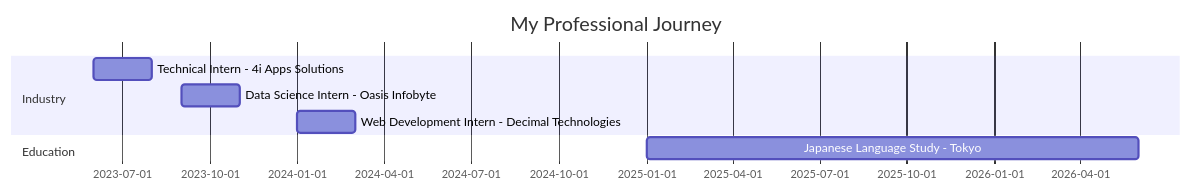
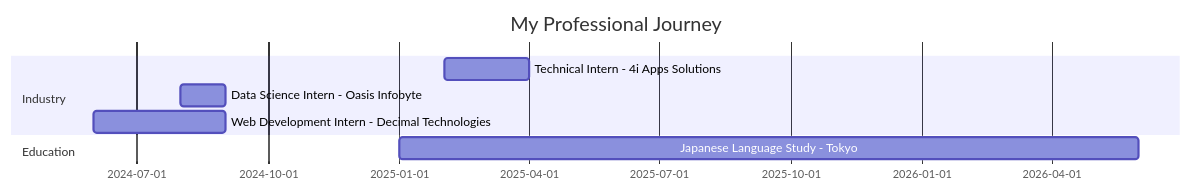
The diagram in README.md (RashelGarg/RashelGarg), drawn with Mermaid before and after one commit. The commit also changed other lines of this file, not shown here.

````diff
--- a/README.md
+++ b/README.md
@@ -225,11 +233,11 @@
 ```mermaid
 gantt
     title My Professional Journey
     dateFormat  YYYY-MM
     section Industry
-    Technical Intern - 4i Apps Solutions           :2023-06, 2023-08
-    Data Science Intern - Oasis Infobyte          :2023-09, 2023-11
-    Web Development Intern - Decimal Technologies :2024-01, 2024-03
+    Technical Intern - 4i Apps Solutions           :2025-02, 2025-04
+    Data Science Intern - Oasis Infobyte          :2024-08, 2024-09
+    Web Development Intern - Decimal Technologies :2024-06, 2024-09
     section Education
     Japanese Language Study - Tokyo               :2025-01, 2026-06
 ```
````
